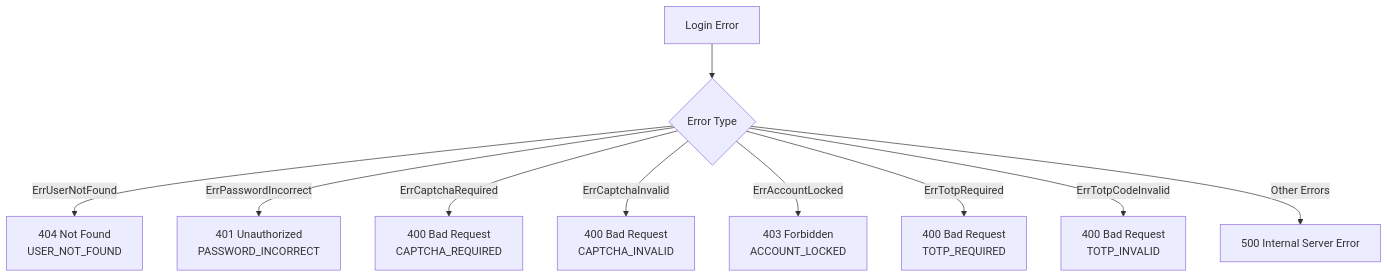
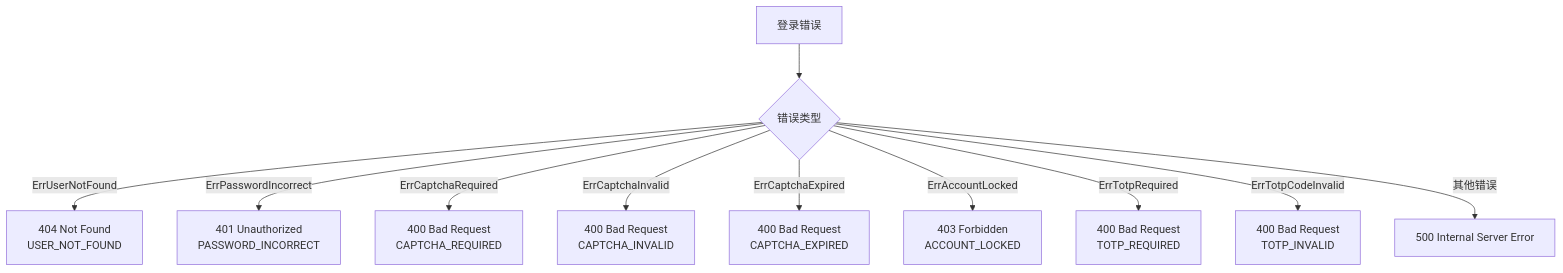
The second of 2 diagrams in .qoder/repowiki/zh/content/API Reference/Authentication API/User Login.md (26huitailang/kratos-boilerplate), drawn with Mermaid before and after one commit. The commit also changed other lines of this file and 31 other files, not shown here.

````diff
--- a/.qoder/repowiki/zh/content/API Reference/Authentication API/User Login.md
+++ b/.qoder/repowiki/zh/content/API Reference/Authentication API/User Login.md
@@ -167,12 +176,13 @@
 ```mermaid
 flowchart TD
-A[Login Error] --> B{Error Type}
+A[登录错误] --> B{错误类型}
 B --> |ErrUserNotFound| C["404 Not Found<br/>USER_NOT_FOUND"]
 B --> |ErrPasswordIncorrect| D["401 Unauthorized<br/>PASSWORD_INCORRECT"]
 B --> |ErrCaptchaRequired| E["400 Bad Request<br/>CAPTCHA_REQUIRED"]
 B --> |ErrCaptchaInvalid| F["400 Bad Request<br/>CAPTCHA_INVALID"]
-B --> |ErrAccountLocked| G["403 Forbidden<br/>ACCOUNT_LOCKED"]
-B --> |ErrTotpRequired| H["400 Bad Request<br/>TOTP_REQUIRED"]
-B --> |ErrTotpCodeInvalid| I["400 Bad Request<br/>TOTP_INVALID"]
-B --> |Other Errors| J["500 Internal Server Error"]
+B --> |ErrCaptchaExpired| G["400 Bad Request<br/>CAPTCHA_EXPIRED"]
+B --> |ErrAccountLocked| H["403 Forbidden<br/>ACCOUNT_LOCKED"]
+B --> |ErrTotpRequired| I["400 Bad Request<br/>TOTP_REQUIRED"]
+B --> |ErrTotpCodeInvalid| J["400 Bad Request<br/>TOTP_INVALID"]
+B --> |其他错误| K["500 Internal Server Error"]
 ```
````
